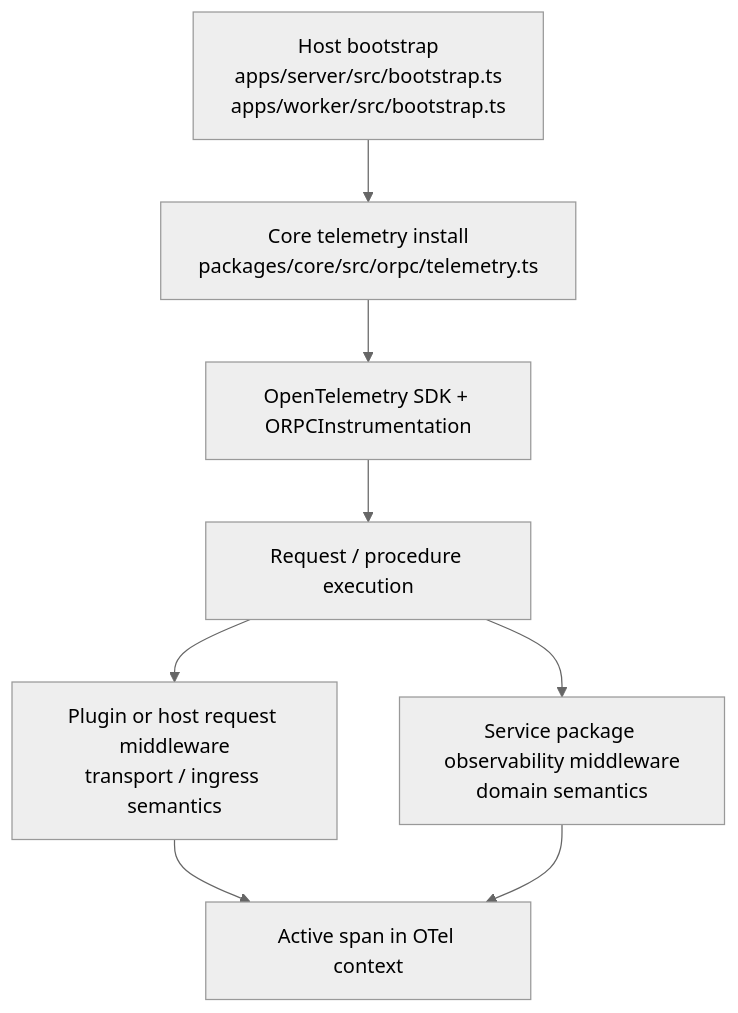
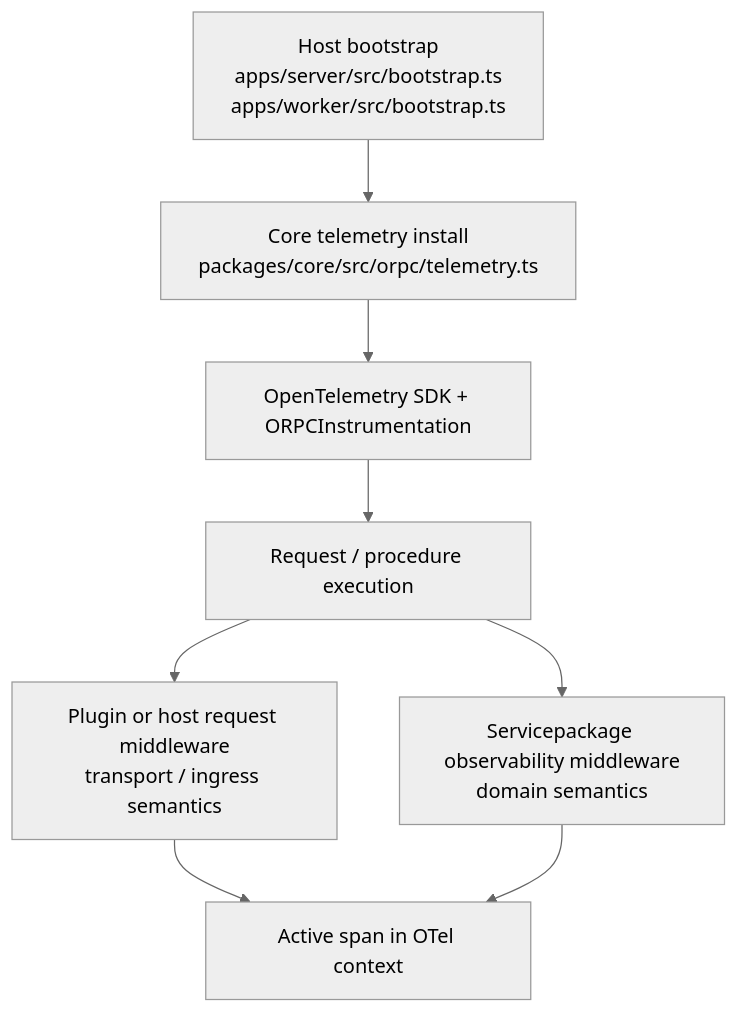
One commit to rawr-ai/rawr-hq-template changed the diagram in docs/projects/orpc-ingest-domain-packages/TELEMETRY_DESIGN.md. Above: the diagram before and after it, drawn with Mermaid (neutral theme). The commit also changed other lines of this file and 26 other files, not shown here.

````diff
--- a/docs/projects/orpc-ingest-domain-packages/TELEMETRY_DESIGN.md
+++ b/docs/projects/orpc-ingest-domain-packages/TELEMETRY_DESIGN.md
@@ -45,10 +45,10 @@
 ```mermaid
 flowchart TD
   A["Host bootstrap\napps/server/src/bootstrap.ts\napps/worker/src/bootstrap.ts"] --> B["Core telemetry install\npackages/core/src/orpc/telemetry.ts"]
   B --> C["OpenTelemetry SDK + ORPCInstrumentation"]
   C --> D["Request / procedure execution"]
   D --> E["Plugin or host request middleware\ntransport / ingress semantics"]
-  D --> F["Service package observability middleware\ndomain semantics"]
+  D --> F["Servicepackage observability middleware\ndomain semantics"]
   E --> G["Active span in OTel context"]
   F --> G
 ```
````
